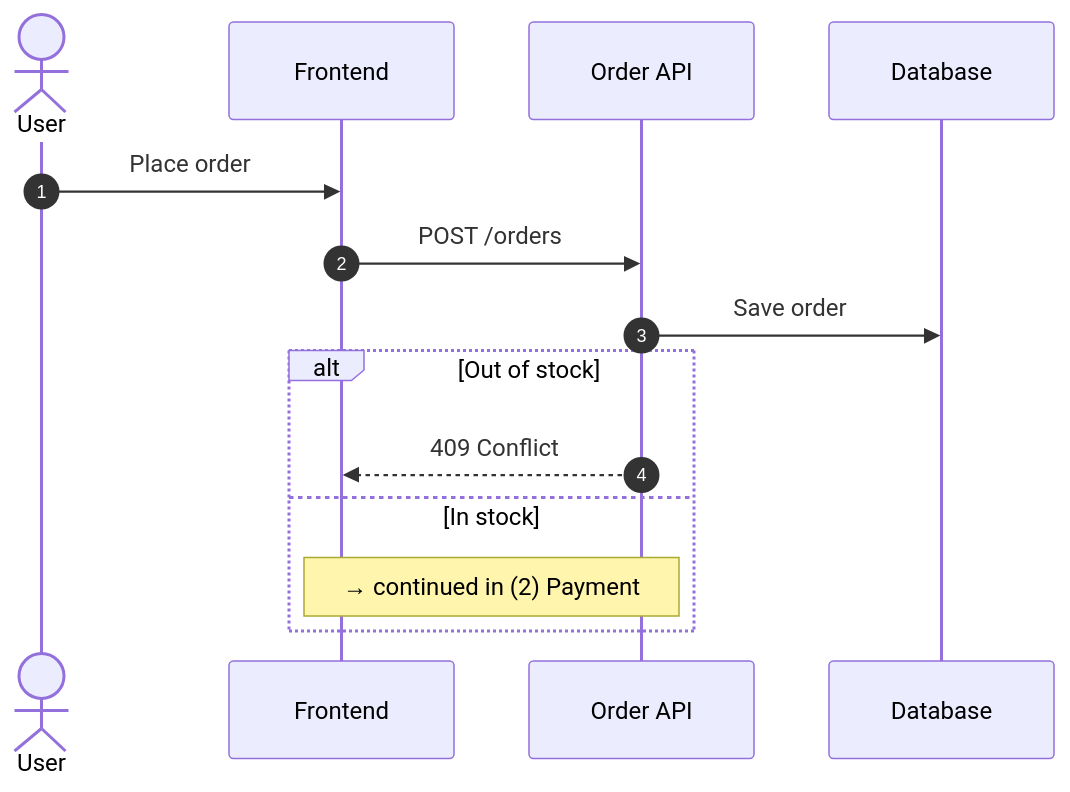
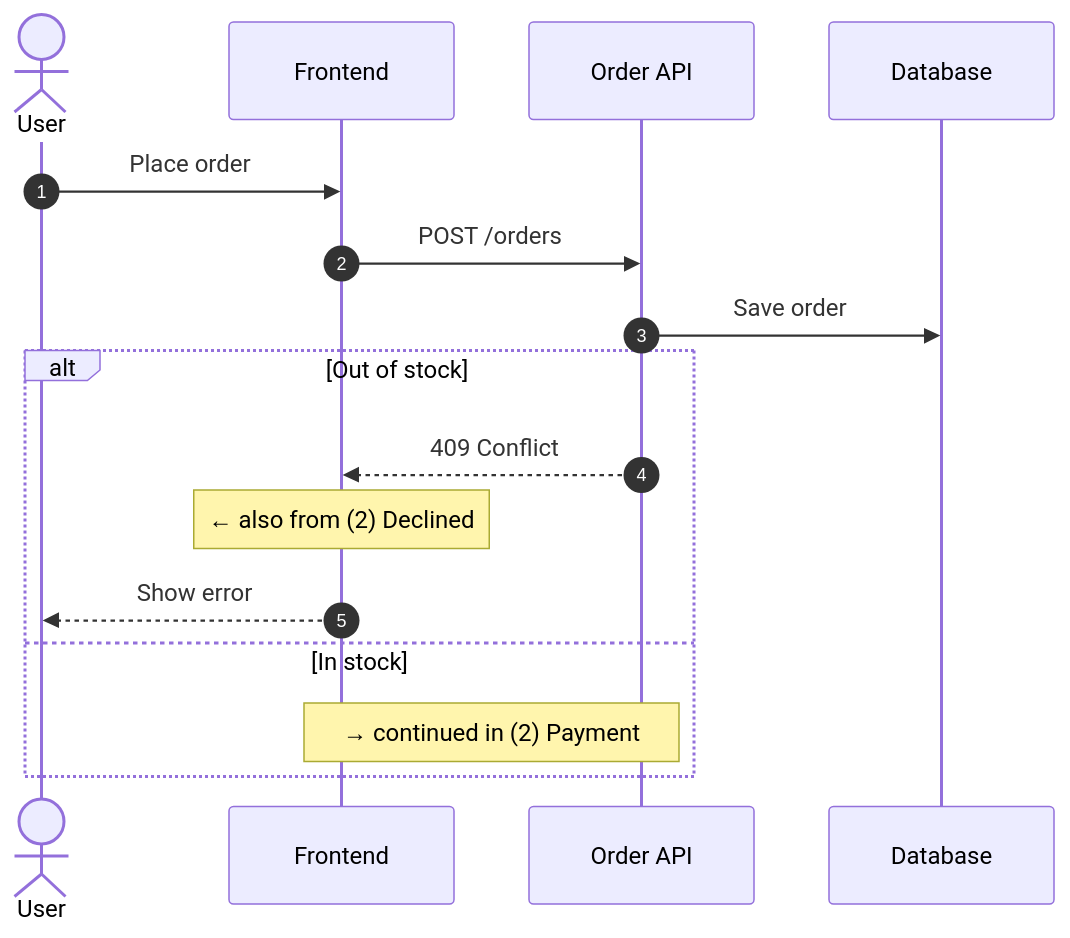
The first of 3 diagrams in examples/split-sequence.md (playree/markdown-design-doc-viewer), drawn with Mermaid before and after one commit. The commit also changed other lines of this file and 2 other files, not shown here.

Commit message:
合流と分岐へのラベルのサンプルを足し、前の図へのジャンプでラベルが画面外になる問題を直す (MDDV-59)

````diff
--- a/examples/split-sequence.md
+++ b/examples/split-sequence.md
@@ -16,19 +20,22 @@
 ```mermaid
 %% @link-headings
 sequenceDiagram
     autonumber
     actor User
     participant FE as Frontend
     participant API as Order API
     participant DB as Database
 
     User->>FE: Place order
     FE->>API: POST /orders
     API->>DB: Save order
     alt Out of stock
         API-->>FE: 409 Conflict
+        %% @anchor Show error
+        Note over FE: ← also from (2) Declined
+        FE-->>User: Show error
     else In stock
         %% @goto Payment
         Note over FE,API: → continued in (2) Payment
     end
 ```
````
